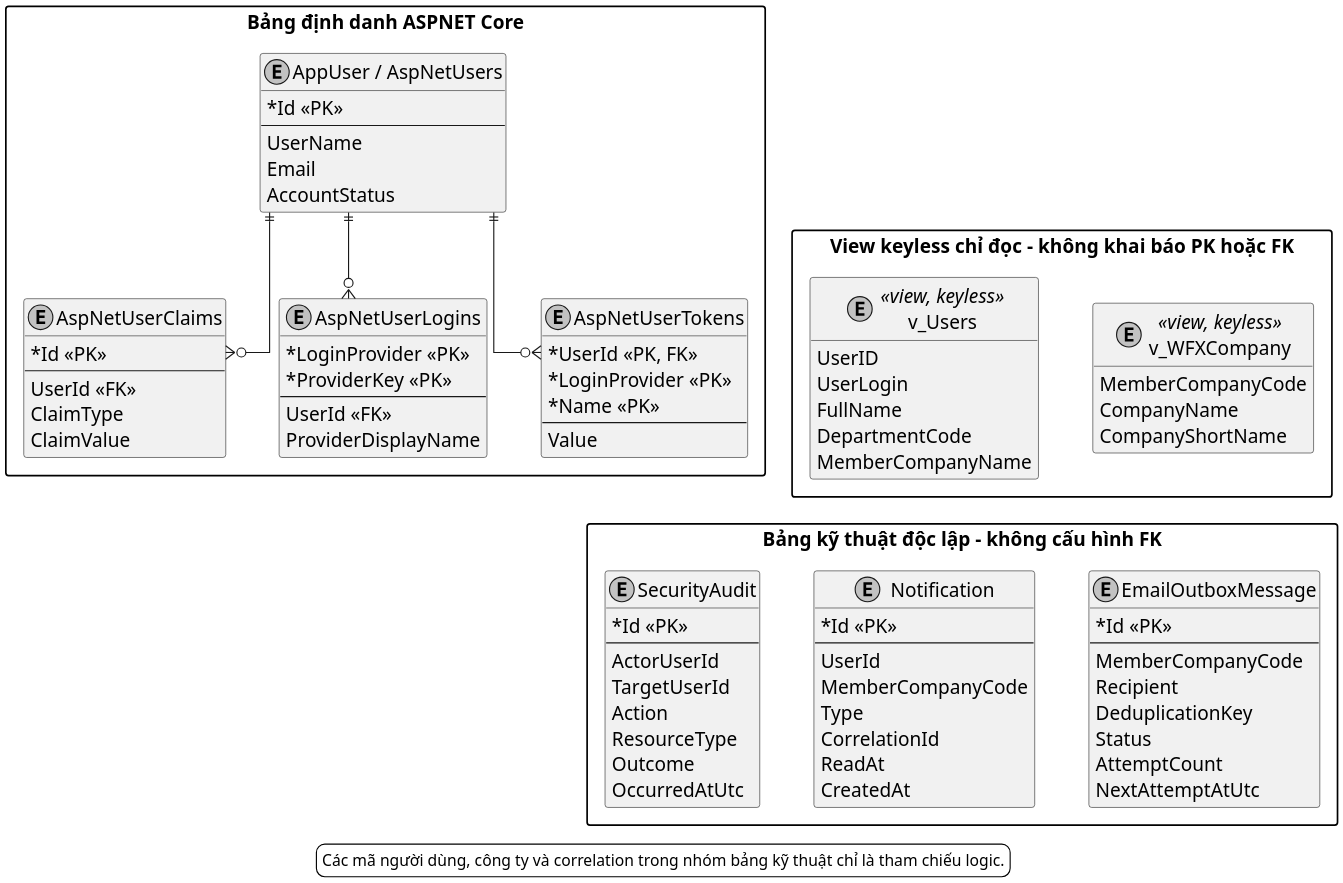
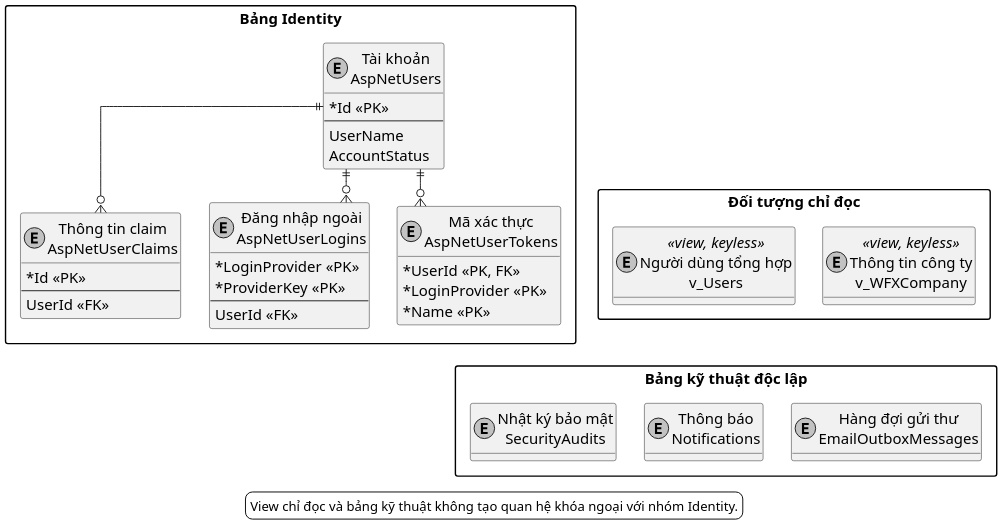
One commit to Miikey24s/gtas_vpp changed the diagram in LVTN/diagrams/ch03/data-models/07-logical-identity-views-technical.puml. Above: the diagram before and after it, drawn with PlantUML. The commit also changed 187 other files, not shown here.

```diff
--- a/LVTN/diagrams/ch03/data-models/07-logical-identity-views-technical.puml
+++ b/LVTN/diagrams/ch03/data-models/07-logical-identity-views-technical.puml
@@ -1,119 +1,66 @@
 @startuml
 top to bottom direction
 skinparam backgroundColor white
-skinparam dpi 192
+skinparam dpi 160
 skinparam defaultFontName Arial
-skinparam defaultFontSize 17
+skinparam defaultFontSize 16
 skinparam monochrome true
 skinparam shadowing false
 skinparam linetype ortho
-skinparam nodesep 48
-skinparam ranksep 58
+skinparam nodesep 30
+skinparam ranksep 36
 skinparam packageStyle rectangle
 skinparam classAttributeIconSize 0
 hide methods
 
-package "Bảng định danh ASPNET Core" as IdentityTables {
-  entity "AppUser / AspNetUsers" as AppUser {
+package "Bảng Identity" {
+  entity "Tài khoản\nAspNetUsers" as User {
     * Id <<PK>>
     --
     UserName
-    Email
     AccountStatus
   }
-
-  entity "AspNetUserClaims" as Claims {
+  entity "Thông tin claim\nAspNetUserClaims" as Claims {
     * Id <<PK>>
     --
     UserId <<FK>>
-    ClaimType
-    ClaimValue
   }
-
-  entity "AspNetUserLogins" as Logins {
+  entity "Đăng nhập ngoài\nAspNetUserLogins" as Logins {
     * LoginProvider <<PK>>
     * ProviderKey <<PK>>
     --
     UserId <<FK>>
-    ProviderDisplayName
   }
-
-  entity "AspNetUserTokens" as Tokens {
+  entity "Mã xác thực\nAspNetUserTokens" as Tokens {
     * UserId <<PK, FK>>
     * LoginProvider <<PK>>
     * Name <<PK>>
-    --
-    Value
   }
-
-  AppUser ||--o{ Claims
-  AppUser ||--o{ Logins
-  AppUser ||--o{ Tokens
-  Claims -[hidden]right- Logins
-  Logins -[hidden]right- Tokens
-  AppUser -[hidden]down- Logins
 }
 
-package "View keyless chỉ đọc - không khai báo PK hoặc FK" as KeylessViews {
-  entity "v_Users" as UsersView <<view, keyless>> {
-    UserID
-    UserLogin
-    FullName
-    DepartmentCode
-    MemberCompanyName
-  }
-
-  entity "v_WFXCompany" as CompanyView <<view, keyless>> {
-    MemberCompanyCode
-    CompanyName
-    CompanyShortName
-  }
-
-  UsersView -[hidden]right- CompanyView
+package "Đối tượng chỉ đọc" {
+  entity "Người dùng tổng hợp\nv_Users" as UsersView <<view, keyless>>
+  entity "Thông tin công ty\nv_WFXCompany" as CompanyView <<view, keyless>>
 }
 
-package "Bảng kỹ thuật độc lập - không cấu hình FK" as TechnicalTables {
-  entity "SecurityAudit" as SecurityAudit {
-    * Id <<PK>>
-    --
-    ActorUserId
-    TargetUserId
-    Action
-    ResourceType
-    Outcome
-    OccurredAtUtc
-  }
-
-  entity "Notification" as Notification {
-    * Id <<PK>>
-    --
-    UserId
-    MemberCompanyCode
-    Type
-    CorrelationId
-    ReadAt
-    CreatedAt
-  }
-
-  entity "EmailOutboxMessage" as EmailOutbox {
-    * Id <<PK>>
-    --
-    MemberCompanyCode
-    Recipient
-    DeduplicationKey
-    Status
-    AttemptCount
-    NextAttemptAtUtc
-  }
-
-  SecurityAudit -[hidden]right- Notification
-  Notification -[hidden]right- EmailOutbox
+package "Bảng kỹ thuật độc lập" {
+  entity "Nhật ký bảo mật\nSecurityAudits" as Audit
+  entity "Thông báo\nNotifications" as Notification
+  entity "Hàng đợi gửi thư\nEmailOutboxMessages" as Outbox
 }
 
-AppUser -[hidden]down- UsersView
+User ||--o{ Claims
+User ||--o{ Logins
+User ||--o{ Tokens
+Claims -[hidden]right- Logins
+Logins -[hidden]right- Tokens
+UsersView -[hidden]right- CompanyView
+Audit -[hidden]right- Notification
+Notification -[hidden]right- Outbox
+User -[hidden]down- UsersView
 UsersView -[hidden]down- Notification
 
 legend bottom
-  Các mã người dùng, công ty và correlation trong nhóm bảng kỹ thuật chỉ là tham chiếu logic.
+  View chỉ đọc và bảng kỹ thuật không tạo quan hệ khóa ngoại với nhóm Identity.
 endlegend
 @enduml
```
